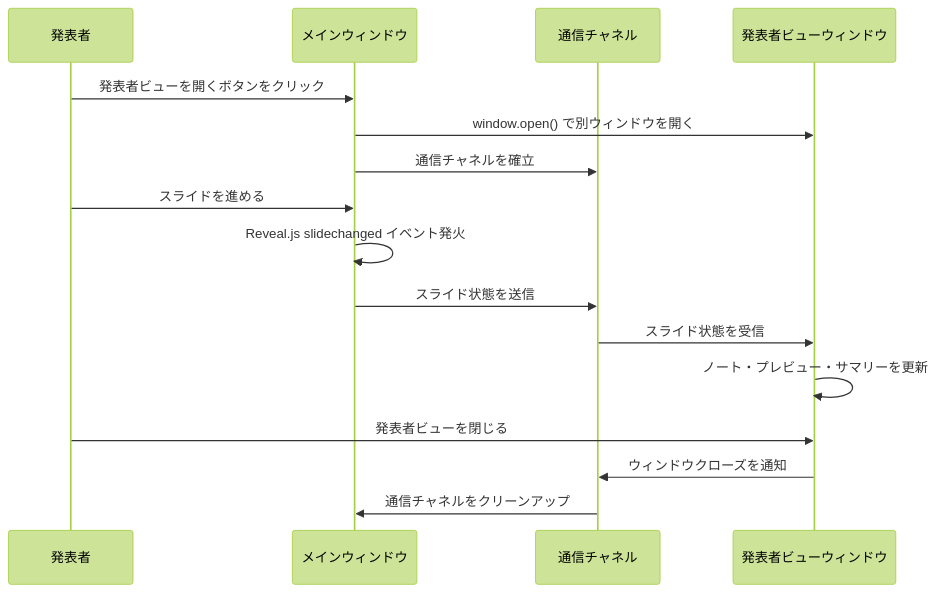
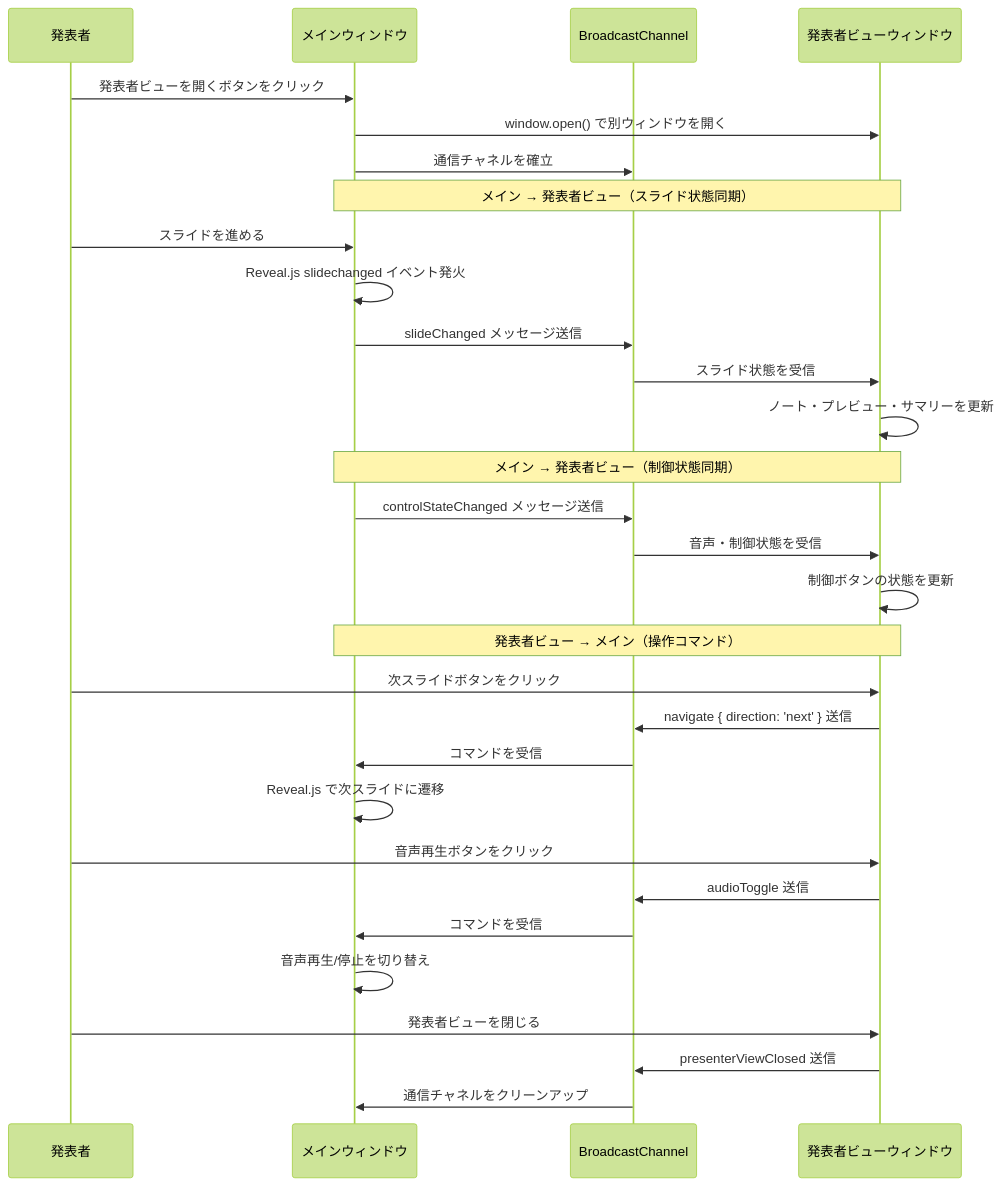
Before and after one commit to ToshikiImagawa/ai-sdd-workflow-demo: the first of 2 diagrams in .sdd/specification/presenter-view_spec.md, drawn with Mermaid (forest theme). The commit also changed other lines of this file and 2 other files, not shown here.

````diff
--- a/.sdd/specification/presenter-view_spec.md
+++ b/.sdd/specification/presenter-view_spec.md
@@ -154,21 +210,38 @@
 ```mermaid
 sequenceDiagram
     participant Presenter as 発表者
     participant Main as メインウィンドウ
-    participant Channel as 通信チャネル
+    participant Channel as BroadcastChannel
     participant PView as 発表者ビューウィンドウ
 
     Presenter->>Main: 発表者ビューを開くボタンをクリック
     Main->>PView: window.open() で別ウィンドウを開く
     Main->>Channel: 通信チャネルを確立
 
+    Note over Main,PView: メイン → 発表者ビュー（スライド状態同期）
     Presenter->>Main: スライドを進める
     Main->>Main: Reveal.js slidechanged イベント発火
-    Main->>Channel: スライド状態を送信
+    Main->>Channel: slideChanged メッセージ送信
     Channel->>PView: スライド状態を受信
     PView->>PView: ノート・プレビュー・サマリーを更新
 
+    Note over Main,PView: メイン → 発表者ビュー（制御状態同期）
+    Main->>Channel: controlStateChanged メッセージ送信
+    Channel->>PView: 音声・制御状態を受信
+    PView->>PView: 制御ボタンの状態を更新
+
+    Note over Main,PView: 発表者ビュー → メイン（操作コマンド）
+    Presenter->>PView: 次スライドボタンをクリック
+    PView->>Channel: navigate { direction: 'next' } 送信
+    Channel->>Main: コマンドを受信
+    Main->>Main: Reveal.js で次スライドに遷移
+
+    Presenter->>PView: 音声再生ボタンをクリック
+    PView->>Channel: audioToggle 送信
+    Channel->>Main: コマンドを受信
+    Main->>Main: 音声再生/停止を切り替え
+
     Presenter->>PView: 発表者ビューを閉じる
-    PView->>Channel: ウィンドウクローズを通知
+    PView->>Channel: presenterViewClosed 送信
     Channel->>Main: 通信チャネルをクリーンアップ
 ```
````
